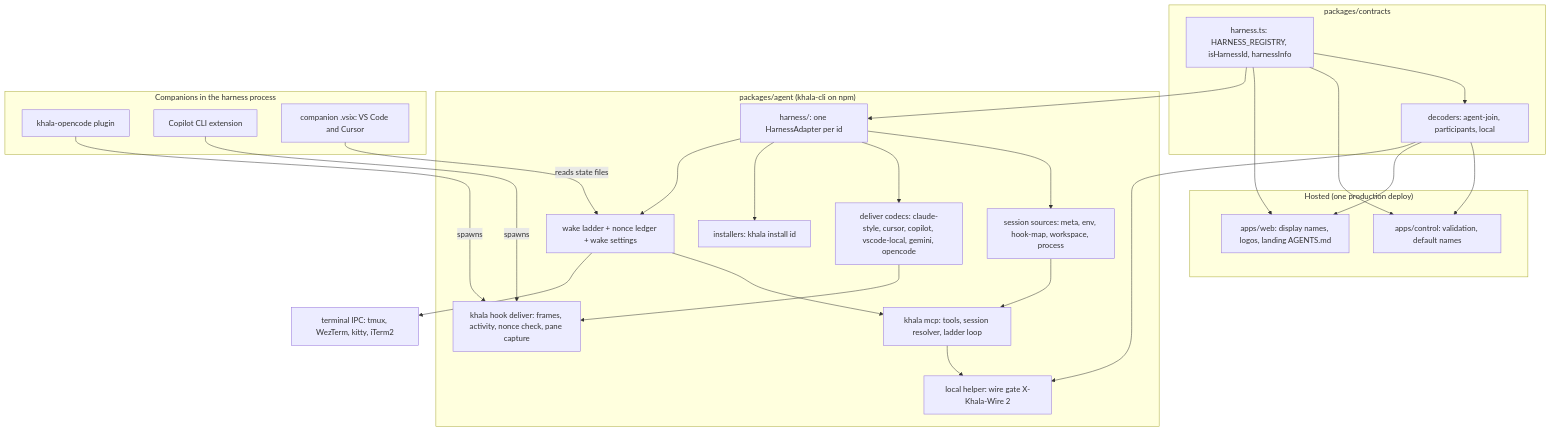
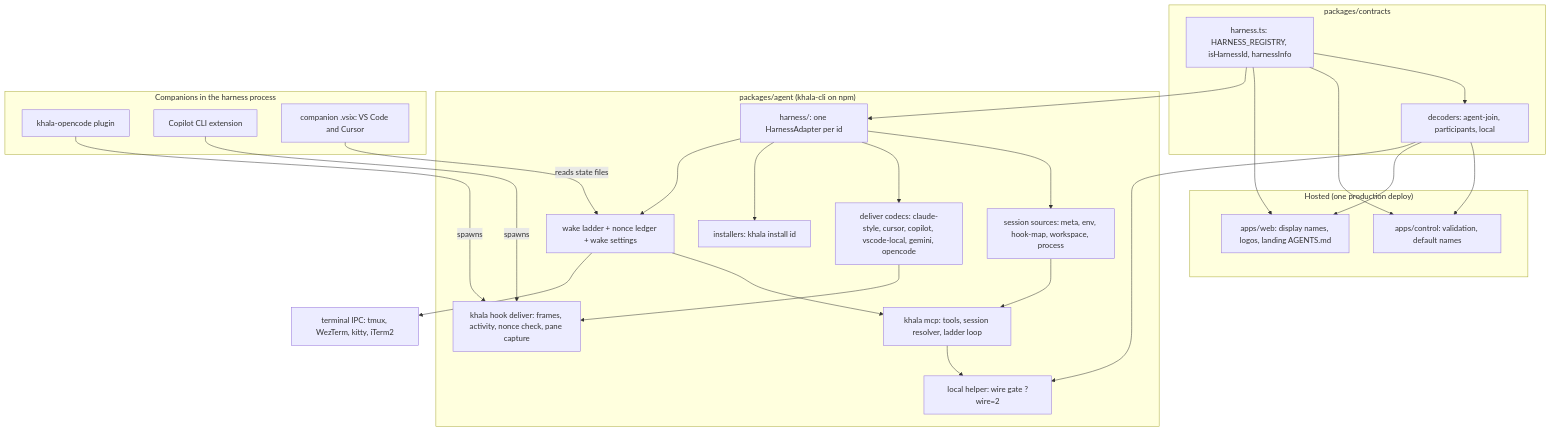
The first of 4 diagrams in docs/plans/2026-10-05-001-feat-multi-harness-parity-plan.md (aiur-team/khala), drawn with Mermaid before and after one commit. The commit also changed other lines of this file, not shown here.

````diff
--- a/docs/plans/2026-10-05-001-feat-multi-harness-parity-plan.md
+++ b/docs/plans/2026-10-05-001-feat-multi-harness-parity-plan.md
@@ -243,46 +248,46 @@
 ```mermaid
 flowchart TB
   subgraph contracts["packages/contracts"]
     REG["harness.ts: HARNESS_REGISTRY, isHarnessId, harnessInfo"]
     DEC["decoders: agent-join, participants, local"]
   end
   subgraph hosted["Hosted (one production deploy)"]
     CTRL["apps/control: validation, default names"]
     WEB["apps/web: display names, logos, landing AGENTS.md"]
   end
   subgraph agent["packages/agent (khala-cli on npm)"]
     ADP["harness/: one HarnessAdapter per id"]
     SRC["session sources: meta, env, hook-map, workspace, process"]
     CODEC["deliver codecs: claude-style, cursor, copilot, vscode-local, gemini, opencode"]
     INST["installers: khala install id"]
     LAD["wake ladder + nonce ledger + wake settings"]
     MCP["khala mcp: tools, session resolver, ladder loop"]
     HOOK["khala hook deliver: frames, activity, nonce check, pane capture"]
-    HELP["local helper: wire gate X-Khala-Wire 2"]
+    HELP["local helper: wire gate ?wire=2"]
   end
   subgraph companions["Companions in the harness process"]
     OCP["khala-opencode plugin"]
     CPX["Copilot CLI extension"]
     VSX["companion .vsix: VS Code and Cursor"]
   end
   TERM["terminal IPC: tmux, WezTerm, kitty, iTerm2"]
   REG --> DEC
   REG --> CTRL
   REG --> WEB
   REG --> ADP
   DEC --> CTRL
   DEC --> WEB
   DEC --> HELP
   ADP --> SRC
   ADP --> CODEC
   ADP --> INST
   ADP --> LAD
   SRC --> MCP
   CODEC --> HOOK
   LAD --> MCP
   LAD --> TERM
   OCP -->|spawns| HOOK
   CPX -->|spawns| HOOK
   VSX -->|reads state files| LAD
   MCP --> HELP
 ```
````
